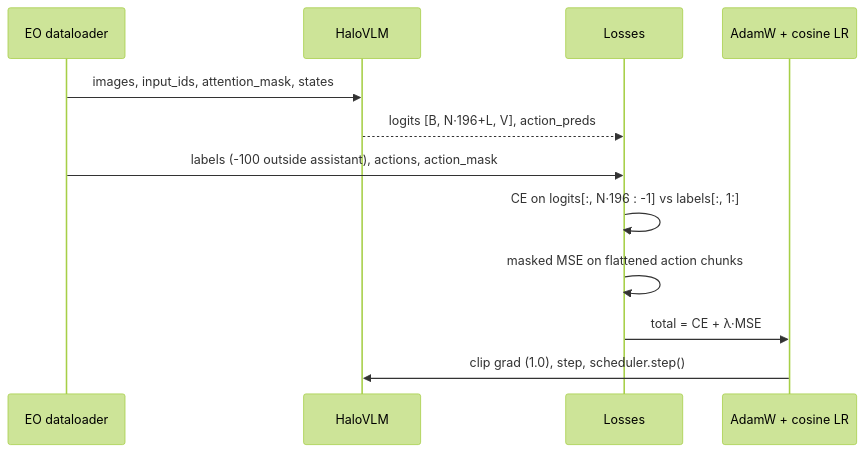
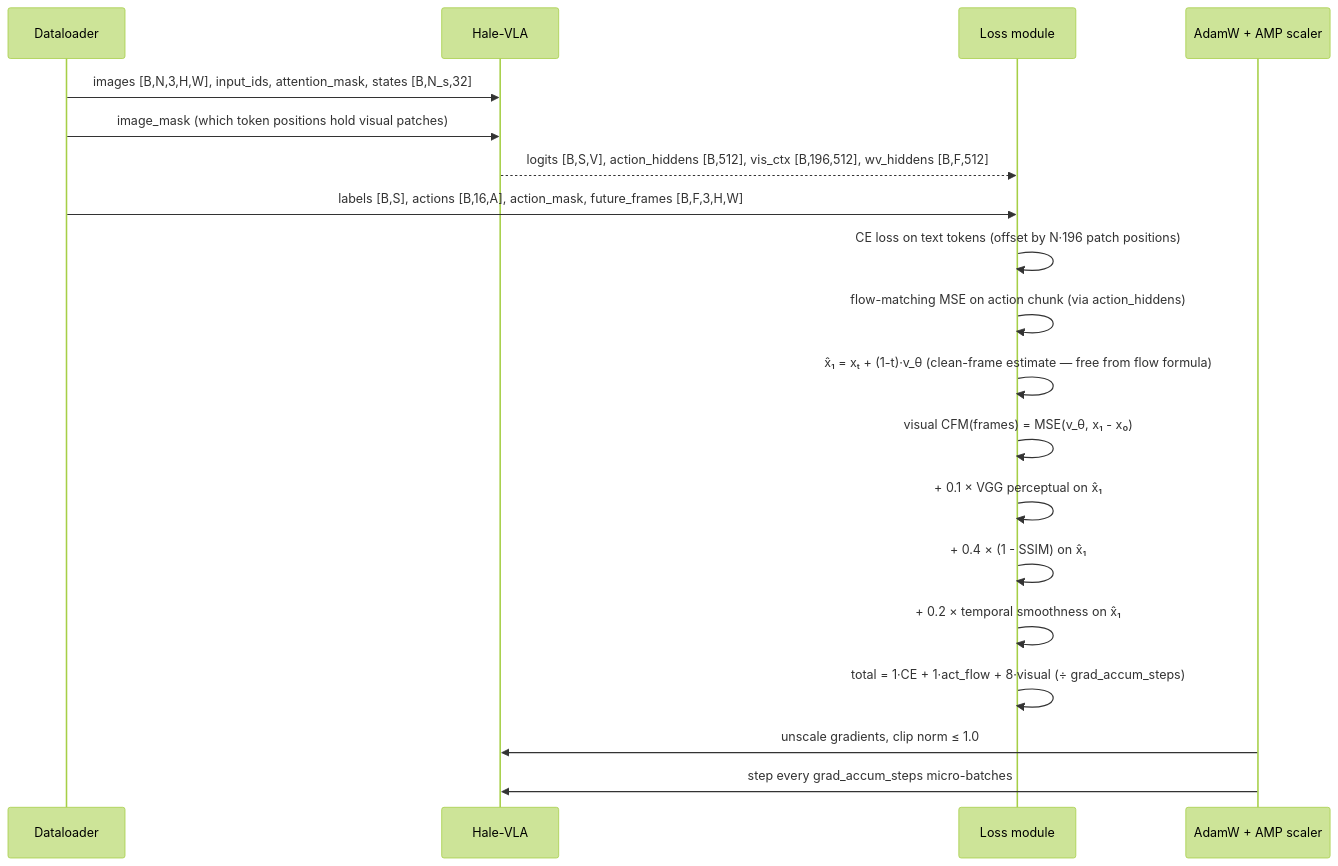
Before and after one commit to basaanithanaveenkumar/Hale-VLA: the seventh of 8 diagrams in docs/architecture.md, drawn with Mermaid (forest theme). The commit also changed other lines of this file and 179 other files, not shown here.

First line of the commit message:
feat: Hale-VLM / HALE-WAM feature parity, with BEV tokens kept

````diff
--- a/docs/architecture.md
+++ b/docs/architecture.md
@@ -83,14 +195,24 @@
 ```mermaid
 sequenceDiagram
-  participant DL as EO dataloader
-  participant M as HaloVLM
-  participant L as Losses
-  participant O as AdamW + cosine LR
-  DL->>M: images, input_ids, attention_mask, states
-  M-->>L: logits [B, N·196+L, V], action_preds
-  DL->>L: labels (-100 outside assistant), actions, action_mask
-  L->>L: CE on logits[:, N·196 : -1] vs labels[:, 1:]
-  L->>L: masked MSE on flattened action chunks
-  L->>O: total = CE + λ·MSE
-  O->>M: clip grad (1.0), step, scheduler.step()
+  participant D as Dataloader
+  participant M as Hale-VLA
+  participant L as Loss module
+  participant O as AdamW + AMP scaler
+
+  D->>M: images [B,N,3,H,W], input_ids, attention_mask, states [B,N_s,32]
+  D->>M: image_mask (which token positions hold visual patches)
+  M-->>L: logits [B,S,V], action_hiddens [B,512], vis_ctx [B,196,512], wv_hiddens [B,F,512]
+  D->>L: labels [B,S], actions [B,16,A], action_mask, future_frames [B,F,3,H,W]
+
+  L->>L: CE loss on text tokens (offset by N·196 patch positions)
+  L->>L: flow-matching MSE on action chunk (via action_hiddens)
+  L->>L: x̂₁ = xₜ + (1-t)·v_θ  (clean-frame estimate — free from flow formula)
+  L->>L: visual CFM(frames) = MSE(v_θ, x₁ - x₀)
+  L->>L: + 0.1 × VGG perceptual on x̂₁
+  L->>L: + 0.4 × (1 - SSIM) on x̂₁
+  L->>L: + 0.2 × temporal smoothness on x̂₁
+  L->>L: total = 1·CE + 1·act_flow + 8·visual  (÷ grad_accum_steps)
+
+  O->>M: unscale gradients, clip norm ≤ 1.0
+  O->>M: step every grad_accum_steps micro-batches
 ```
````
